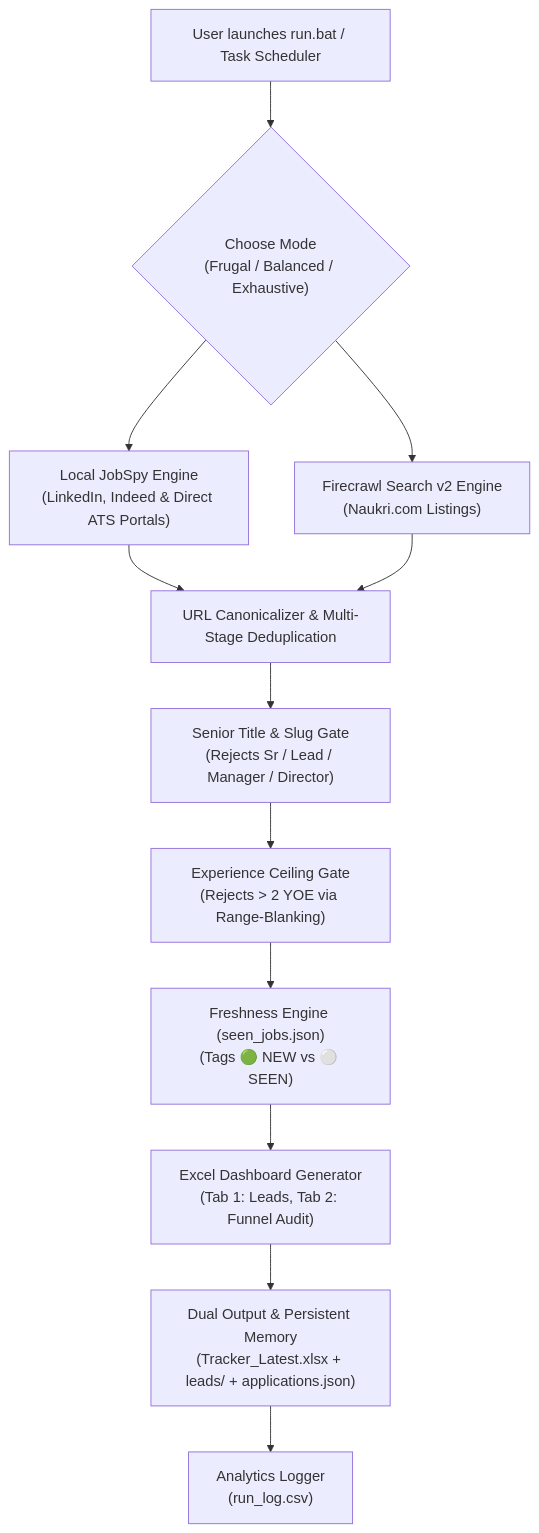
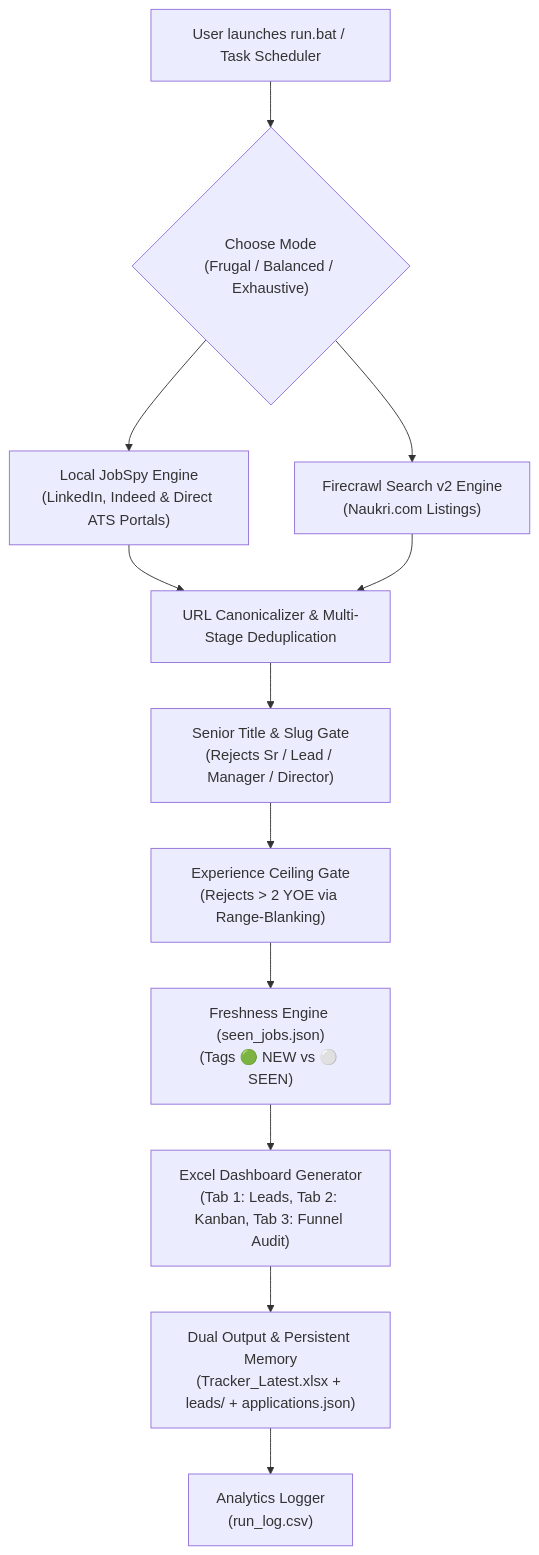
Before and after one commit to harsha71018/Project-Heimdall: the diagram in README.md, drawn with Mermaid. The commit also changed other lines of this file and 1 other file, not shown here.

Commit message:
docs: polish README triple-tab navigation and add pdf ignore

````diff
--- a/README.md
+++ b/README.md
@@ -26,14 +26,14 @@
 ```mermaid
 flowchart TD
     A["User launches run.bat / Task Scheduler"] --> B{"Choose Mode<br/>(Frugal / Balanced / Exhaustive)"}
     B --> C["Local JobSpy Engine<br/>(LinkedIn, Indeed & Direct ATS Portals)"]
     B --> D["Firecrawl Search v2 Engine<br/>(Naukri.com Listings)"]
     C --> E["URL Canonicalizer & Multi-Stage Deduplication"]
     D --> E
     E --> F["Senior Title & Slug Gate<br/>(Rejects Sr / Lead / Manager / Director)"]
     F --> G["Experience Ceiling Gate<br/>(Rejects > 2 YOE via Range-Blanking)"]
     G --> H["Freshness Engine (seen_jobs.json)<br/>(Tags 🟢 NEW vs ⚪ SEEN)"]
-    H --> I["Excel Dashboard Generator<br/>(Tab 1: Leads, Tab 2: Funnel Audit)"]
+    H --> I["Excel Dashboard Generator<br/>(Tab 1: Leads, Tab 2: Kanban, Tab 3: Funnel Audit)"]
     I --> J["Dual Output & Persistent Memory<br/>(Tracker_Latest.xlsx + leads/ + applications.json)"]
     J --> K["Analytics Logger<br/>(run_log.csv)"]
 ```
````
